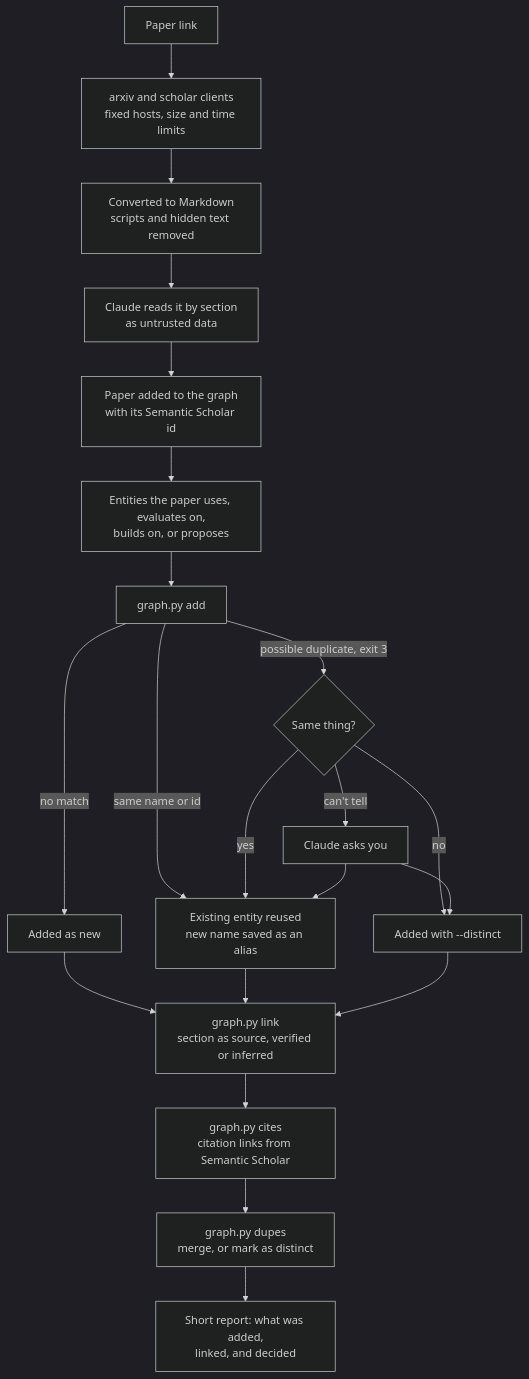
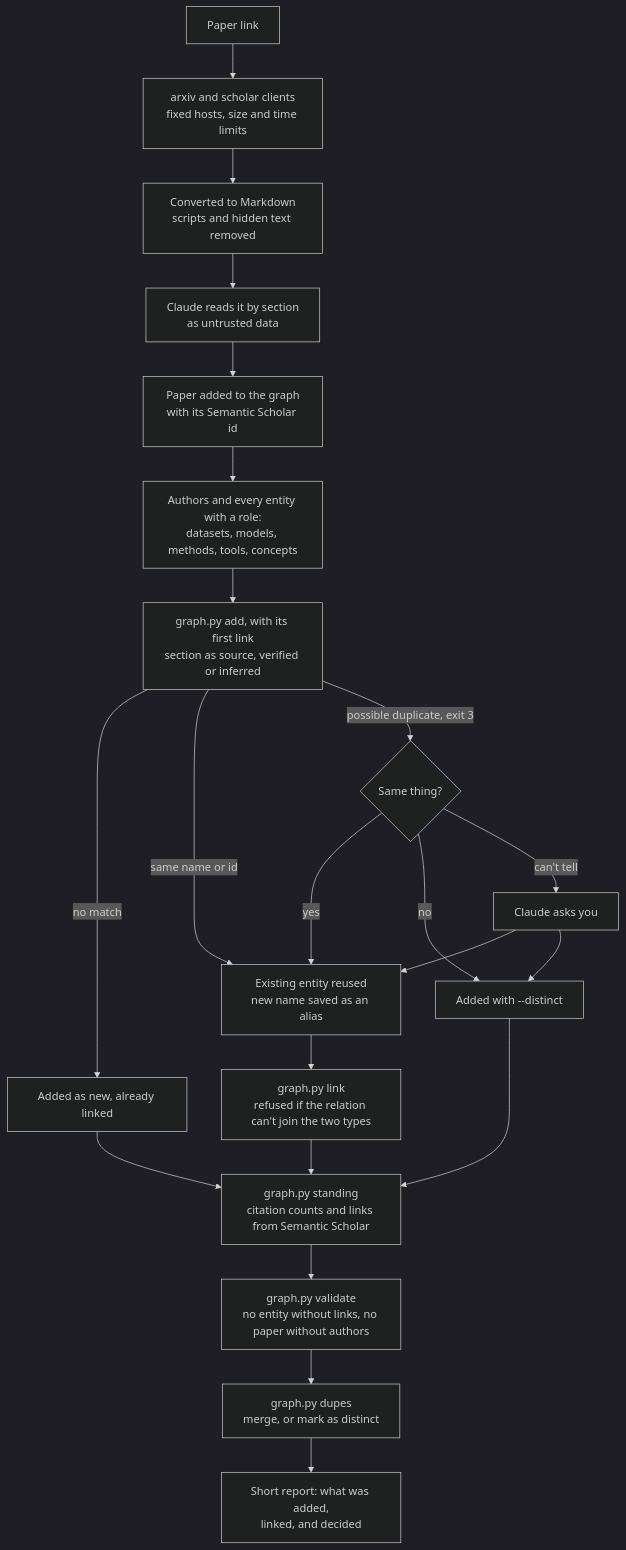
One commit to marfago-labs/paper-research changed the diagram in README.md. Above: the diagram before and after it, drawn with Mermaid (dark theme). The commit also changed other lines of this file and 8 other files, not shown here.

First line of the commit message:
Bring the docs up to date with the graph flow, the Stop hook, and the cleaned output (#14)

````diff
--- a/README.md
+++ b/README.md
@@ -55,23 +55,24 @@
 ```mermaid
 flowchart TD
     A["Paper link"] --> B["arxiv and scholar clients<br/>fixed hosts, size and time limits"]
     B --> C["Converted to Markdown<br/>scripts and hidden text removed"]
     C --> D["Claude reads it by section<br/>as untrusted data"]
     D --> P["Paper added to the graph<br/>with its Semantic Scholar id"]
-    P --> E["Entities the paper uses, evaluates on,<br/>builds on, or proposes"]
-    E --> F["graph.py add"]
-    F -->|"no match"| G["Added as new"]
+    P --> E["Authors and every entity with a role:<br/>datasets, models, methods, tools, concepts"]
+    E --> F["graph.py add, with its first link<br/>section as source, verified or inferred"]
+    F -->|"no match"| G["Added as new, already linked"]
     F -->|"same name or id"| H["Existing entity reused<br/>new name saved as an alias"]
     F -->|"possible duplicate, exit 3"| I{"Same thing?"}
     I -->|"yes"| H
     I -->|"no"| J["Added with --distinct"]
     I -->|"can't tell"| K["Claude asks you"]
     K --> H
     K --> J
-    G --> L["graph.py link<br/>section as source, verified or inferred"]
-    H --> L
-    J --> L
-    L --> M["graph.py cites<br/>citation links from Semantic Scholar"]
-    M --> N["graph.py dupes<br/>merge, or mark as distinct"]
+    H --> L["graph.py link<br/>refused if the relation can't join the two types"]
+    G --> M["graph.py standing<br/>citation counts and links from Semantic Scholar"]
+    J --> M
+    L --> M
+    M --> V["graph.py validate<br/>no entity without links, no paper without authors"]
+    V --> N["graph.py dupes<br/>merge, or mark as distinct"]
     N --> O["Short report: what was added,<br/>linked, and decided"]
 ```
````
